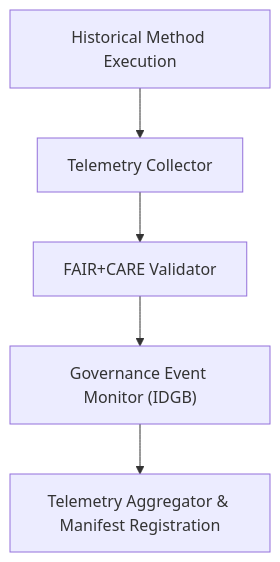
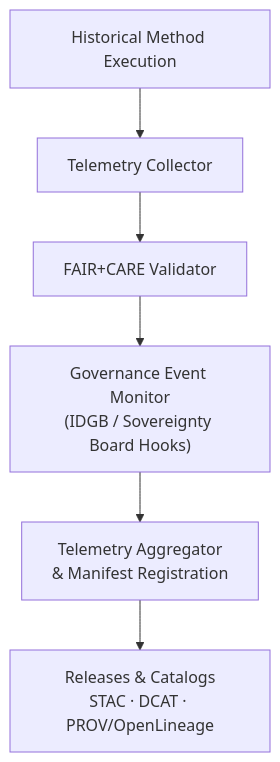
The diagram in docs/analyses/historical/methods/telemetry-logs/README.md (bartytime4life/Kansas-Frontier-Matrix), drawn with Mermaid before and after one commit. The commit also changed other lines of this file, not shown here.

First line of the commit message:
Upgrade README for Historical Methods Telemetry Logs

````diff
--- a/docs/analyses/historical/methods/telemetry-logs/README.md
+++ b/docs/analyses/historical/methods/telemetry-logs/README.md
@@ -71,7 +207,8 @@
 ```mermaid
 flowchart TD
-  A["Historical Method Execution"] --> B["Telemetry Collector"]
-  B --> C["FAIR+CARE Validator"]
-  C --> D["Governance Event Monitor (IDGB)"]
-  D --> E["Telemetry Aggregator & Manifest Registration"]
+    A["Historical Method Execution"] --> B["Telemetry Collector"]
+    B --> C["FAIR+CARE Validator"]
+    C --> D["Governance Event Monitor\n(IDGB / Sovereignty Board Hooks)"]
+    D --> E["Telemetry Aggregator\n& Manifest Registration"]
+    E --> F["Releases & Catalogs\nSTAC · DCAT · PROV/OpenLineage"]
 ```
````
